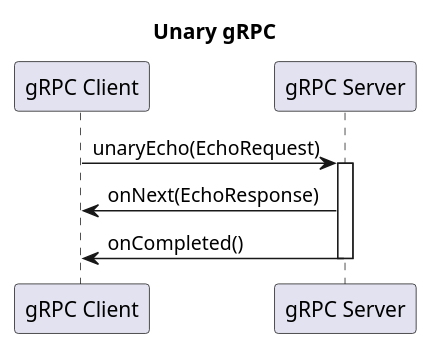
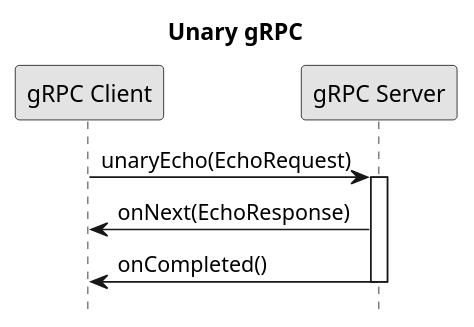
Before and after one commit to c0p4c4b4n4/grpc-grpc-java: the diagram in _raw/example1/images/unary.puml, drawn with PlantUML. The commit also changed 7 other files, not shown here.

```diff
--- a/_raw/example1/images/unary.puml
+++ b/_raw/example1/images/unary.puml
@@ -1,14 +1,23 @@
 @startuml
+
+scale 1.1
 title Unary gRPC
+hide footbox
+skinparam monochrome true
+skinparam defaultFontName Source Sans Pro
+'skinparam titleFontSize 15
+'skinparam sequenceMessageAlign center
+
+'title Unary gRPC
 
 participant "gRPC Client" as Client
 participant "gRPC Server" as Server
 
 Client -> Server: unaryEcho(EchoRequest)
 
 activate Server
 Server -> Client: onNext(EchoResponse)
 Server -> Client: onCompleted()
 deactivate Server
 
 @enduml
```
